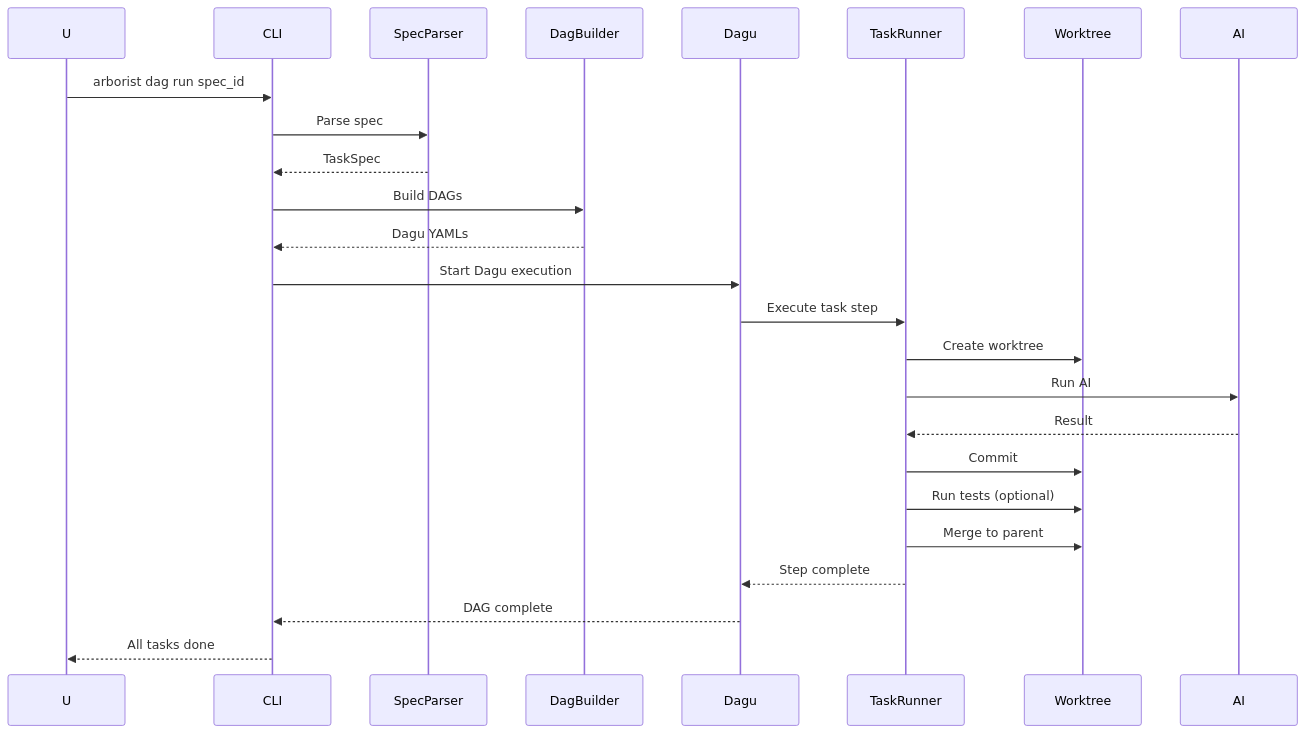
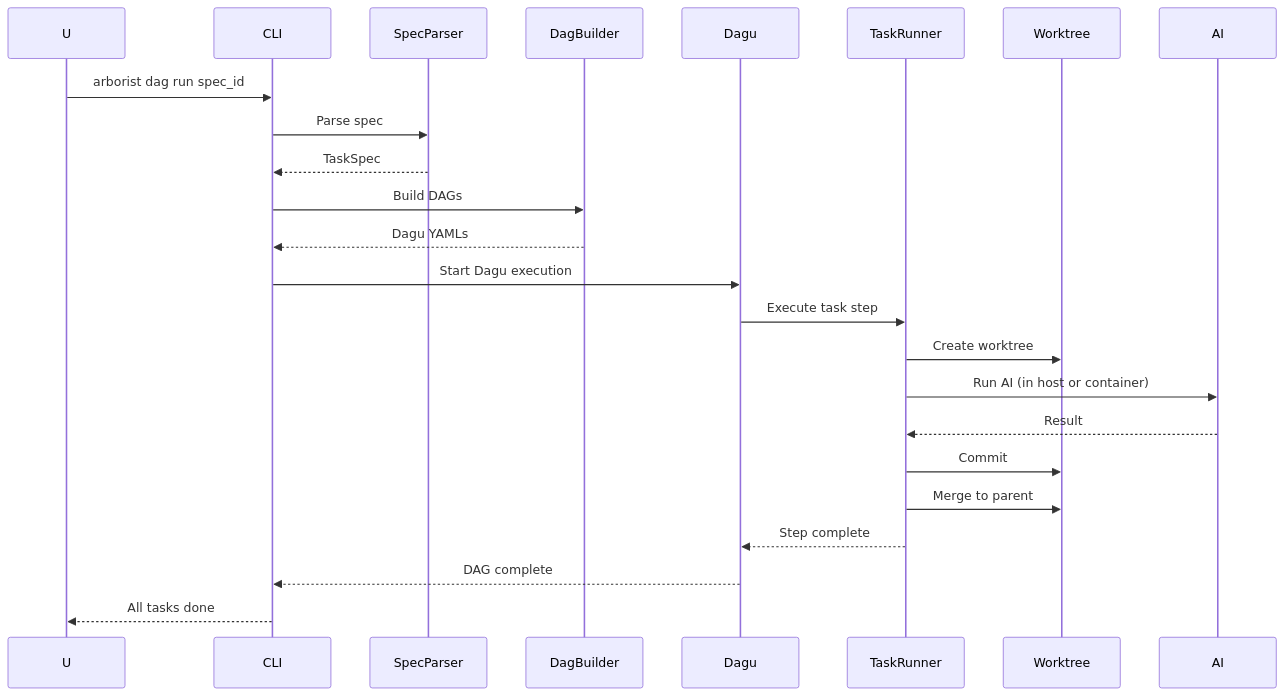
Before and after one commit to pennyworth-tech/agent-arborist: the second of 2 diagrams in docs/manual/01-getting-started/03-architecture.md, drawn with Mermaid. The commit also changed other lines of this file and 6 other files, not shown here.

````diff
--- a/docs/manual/01-getting-started/03-architecture.md
+++ b/docs/manual/01-getting-started/03-architecture.md
@@ -92,23 +93,22 @@
 ```mermaid
 sequenceDiagram
     U->>CLI: arborist dag run spec_id
     CLI->>SpecParser: Parse spec
     SpecParser-->>CLI: TaskSpec
 
     CLI->>DagBuilder: Build DAGs
     DagBuilder-->>CLI: Dagu YAMLs
 
     CLI->>Dagu: Start Dagu execution
     Dagu->>TaskRunner: Execute task step
 
     TaskRunner->>Worktree: Create worktree
-    TaskRunner->>AI: Run AI
+    TaskRunner->>AI: Run AI (in host or container)
     AI-->>TaskRunner: Result
     TaskRunner->>Worktree: Commit
-    TaskRunner->>Worktree: Run tests (optional)
     TaskRunner->>Worktree: Merge to parent
 
     TaskRunner-->>Dagu: Step complete
     Dagu-->>CLI: DAG complete
     CLI-->>U: All tasks done
 ```
````
